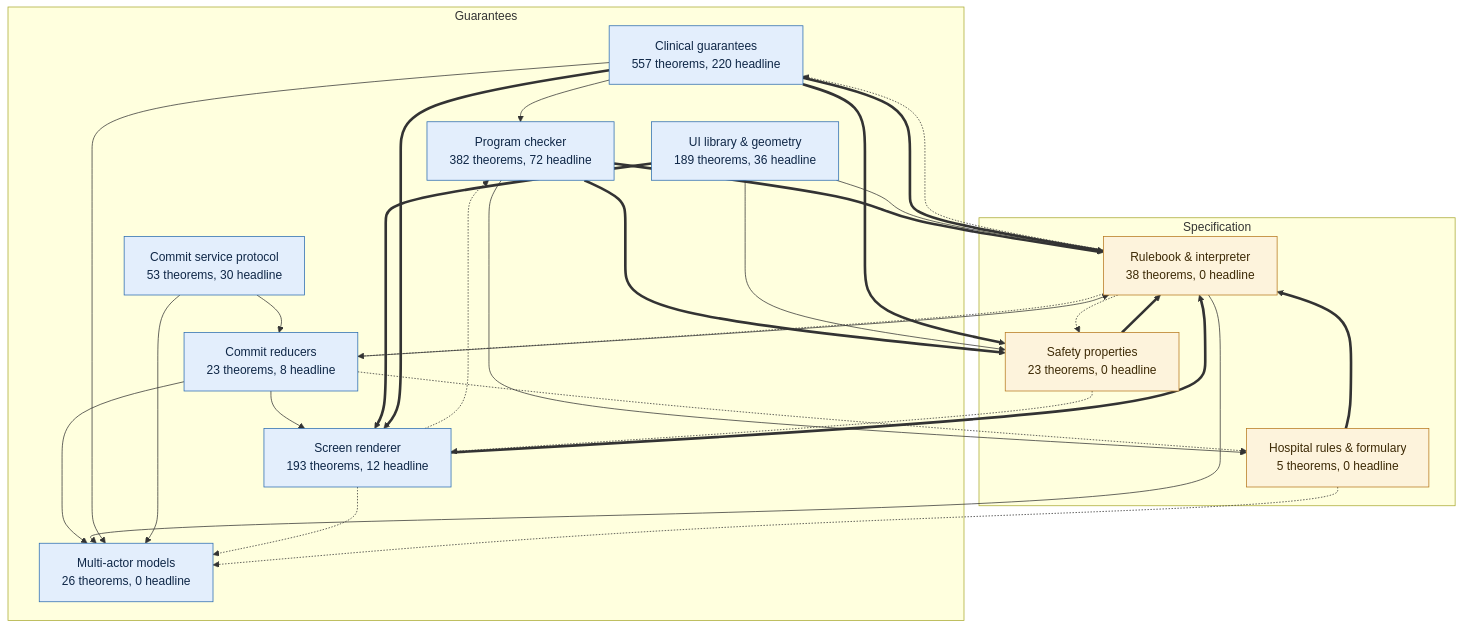
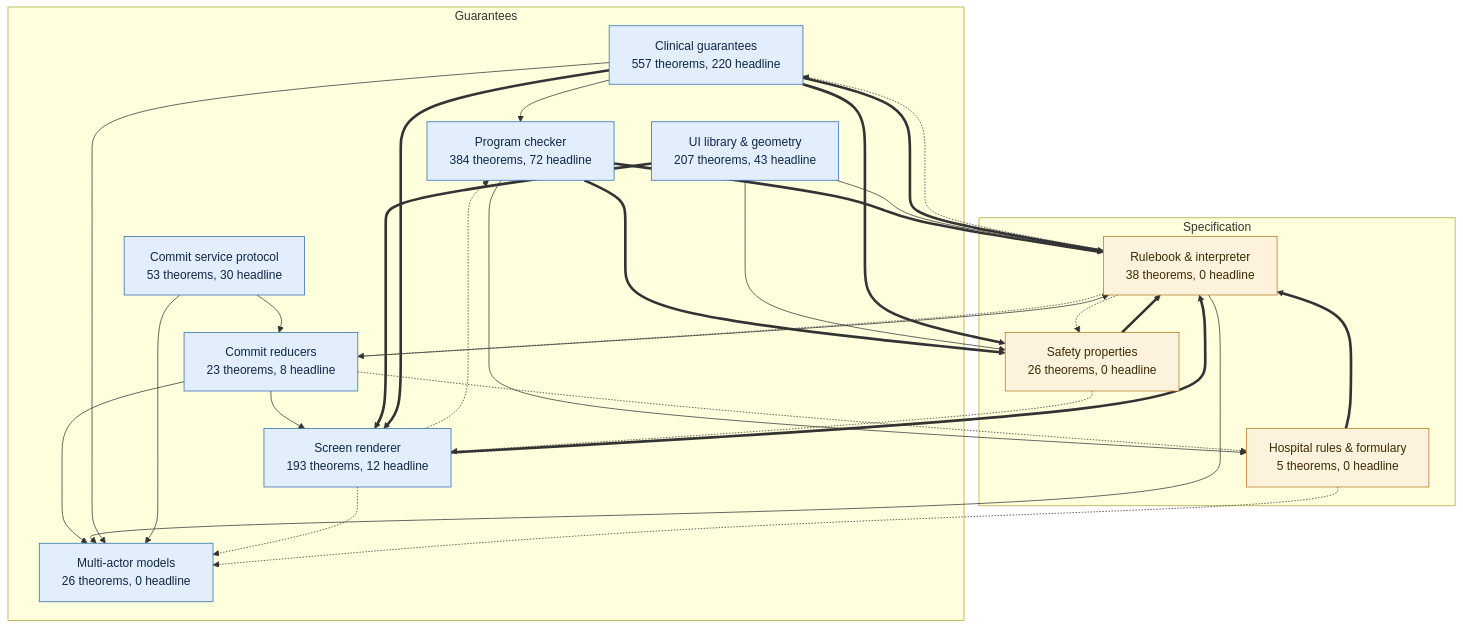
One commit to saithat/VGI-Health changed the first of 9 diagrams in docs/proof-map.md. Above: the diagram before and after it, drawn with Mermaid. The commit also changed other lines of this file and 29 other files, not shown here.

````diff
--- a/docs/proof-map.md
+++ b/docs/proof-map.md
@@ -15,47 +15,47 @@
 ```mermaid
 flowchart TB
   subgraph guar_g["Guarantees"]
     proofs["Clinical guarantees<br/>557 theorems, 220 headline"]:::guar
-    check["Program checker<br/>382 theorems, 72 headline"]:::guar
+    check["Program checker<br/>384 theorems, 72 headline"]:::guar
     render["Screen renderer<br/>193 theorems, 12 headline"]:::guar
-    layout["UI library &amp; geometry<br/>189 theorems, 36 headline"]:::guar
+    layout["UI library &amp; geometry<br/>207 theorems, 43 headline"]:::guar
     commit["Commit reducers<br/>23 theorems, 8 headline"]:::guar
     protocol["Commit service protocol<br/>53 theorems, 30 headline"]:::guar
     multi["Multi-actor models<br/>26 theorems, 0 headline"]:::guar
   end
   subgraph spec_g["Specification"]
     core["Rulebook &amp; interpreter<br/>38 theorems, 0 headline"]:::spec
-    props["Safety properties<br/>23 theorems, 0 headline"]:::spec
+    props["Safety properties<br/>26 theorems, 0 headline"]:::spec
     specs["Hospital rules &amp; formulary<br/>5 theorems, 0 headline"]:::spec
   end
   check ==> core
   check ==> props
   check --> specs
   commit --> core
   commit --> multi
   commit --> render
   commit -.-> specs
   core -.-> commit
   core --> multi
   core -.-> proofs
   core -.-> props
   layout --> core
   layout --> props
   layout ==> render
   proofs --> check
   proofs ==> core
   proofs --> multi
   proofs ==> props
   proofs ==> render
   props ==> core
   props -.-> render
   protocol --> commit
   protocol --> multi
   render -.-> check
   render ==> core
   render -.-> multi
   specs ==> core
   specs -.-> multi
   classDef spec fill:#fdf3dc,stroke:#b7791f,color:#3d2a06
   classDef guar fill:#e3eefc,stroke:#2b6cb0,color:#0f2747
 ```
````
